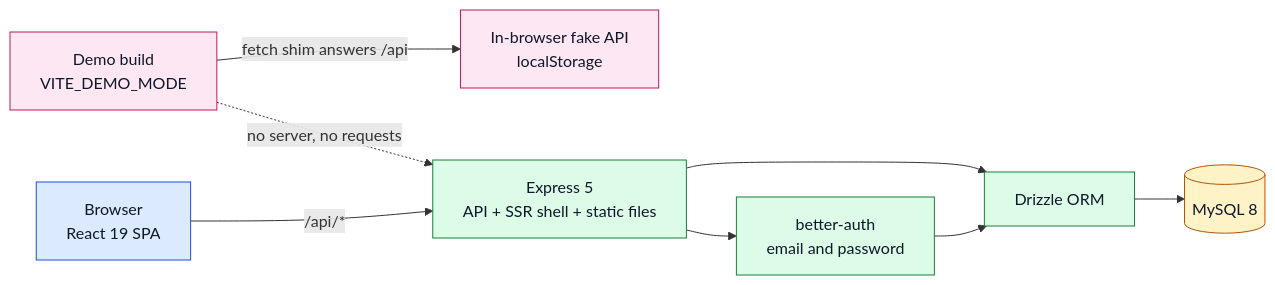
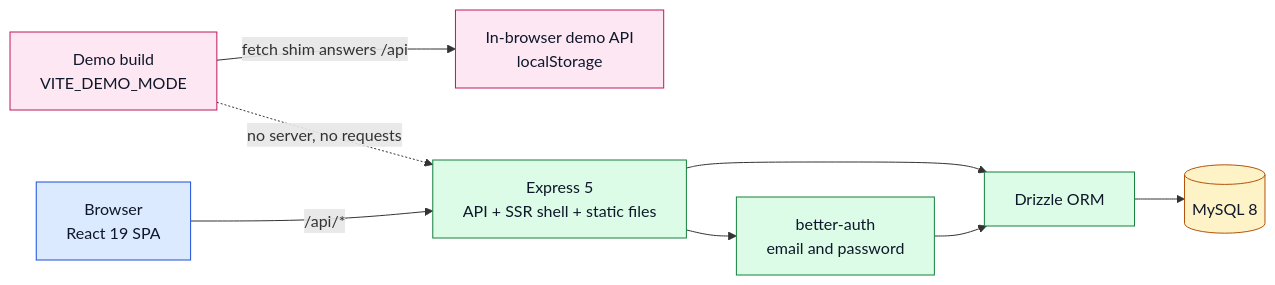
One commit to Srijjit-V/Intern-break changed the first of 3 diagrams in docs/architecture.md. Above: the diagram before and after it, drawn with Mermaid. The commit also changed other lines of this file and 6 other files, not shown here.

Commit message:
Add MIT license, rename fake API to demo API

````diff
--- a/docs/architecture.md
+++ b/docs/architecture.md
@@ -5,21 +5,21 @@
 ```mermaid
 flowchart LR
   B[Browser<br/>React 19 SPA]:::client
   D[Demo build<br/>VITE_DEMO_MODE]:::demo
-  F[In-browser fake API<br/>localStorage]:::demo
+  F[In-browser demo API<br/>localStorage]:::demo
   S[Express 5<br/>API + SSR shell + static files]:::server
   A[better-auth<br/>email and password]:::server
   O[Drizzle ORM]:::server
   M[(MySQL 8)]:::db
 
   B -- "/api/*" --> S
   S --> A --> O
   S --> O --> M
   D -- "fetch shim answers /api" --> F
   D -.->|"no server, no requests"| S
 
   classDef client fill:#dbeafe,stroke:#1d4ed8,color:#0f172a
   classDef server fill:#dcfce7,stroke:#15803d,color:#0f172a
   classDef db fill:#fef3c7,stroke:#b45309,color:#0f172a
   classDef demo fill:#fce7f3,stroke:#be185d,color:#0f172a
 ```
````
